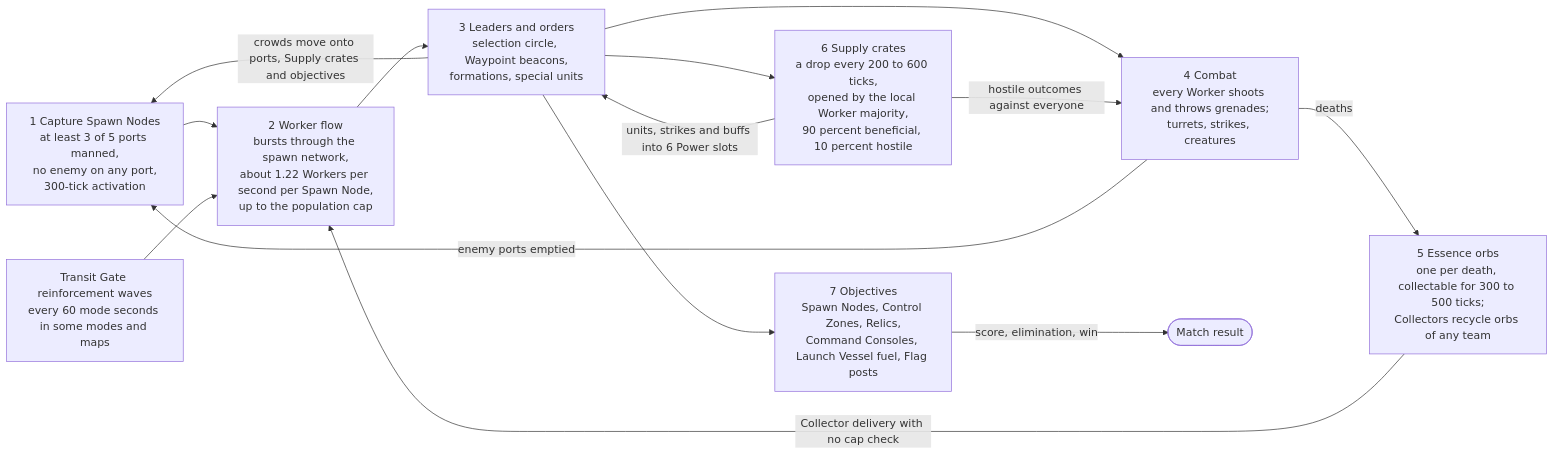
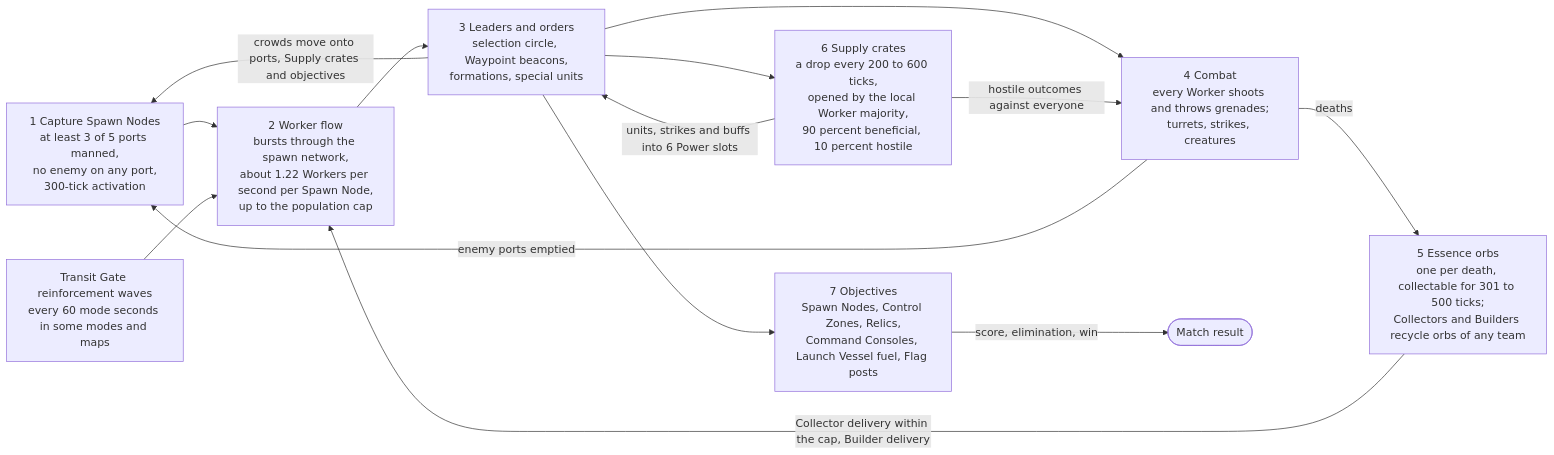
One commit to Zwaliebaba/Species.AI changed the first of 5 diagrams in design_next/reference/00_reference_overview.md. Above: the diagram before and after it, drawn with Mermaid. The commit also changed other lines of this file and 27 other files, not shown here.

````diff
--- a/design_next/reference/00_reference_overview.md
+++ b/design_next/reference/00_reference_overview.md
@@ -438,24 +438,24 @@
 ```mermaid
 flowchart LR
     CAP["1 Capture Spawn Nodes<br/>at least 3 of 5 ports manned,<br/>no enemy on any port,<br/>300-tick activation"]
     FLOW["2 Worker flow<br/>bursts through the spawn network,<br/>about 1.22 Workers per second per Spawn Node,<br/>up to the population cap"]
     ORD["3 Leaders and orders<br/>selection circle, Waypoint beacons,<br/>formations, special units"]
     FIGHT["4 Combat<br/>every Worker shoots and throws grenades;<br/>turrets, strikes, creatures"]
-    ORB["5 Essence orbs<br/>one per death, collectable for 300 to 500 ticks;<br/>Collectors recycle orbs of any team"]
+    ORB["5 Essence orbs<br/>one per death, collectable for 301 to 500 ticks;<br/>Collectors and Builders recycle orbs of any team"]
     CRATE["6 Supply crates<br/>a drop every 200 to 600 ticks,<br/>opened by the local Worker majority,<br/>90 percent beneficial, 10 percent hostile"]
     OBJ["7 Objectives<br/>Spawn Nodes, Control Zones, Relics,<br/>Command Consoles, Launch Vessel fuel, Flag posts"]
     TG["Transit Gate reinforcement waves<br/>every 60 mode seconds in some modes and maps"]
     CAP --> FLOW
     TG --> FLOW
     FLOW --> ORD
     ORD -->|"crowds move onto ports, Supply crates and objectives"| CAP
     ORD --> FIGHT
     ORD --> CRATE
     ORD --> OBJ
     FIGHT -->|"deaths"| ORB
-    ORB -->|"Collector delivery with no cap check"| FLOW
+    ORB -->|"Collector delivery within the cap, Builder delivery"| FLOW
     CRATE -->|"units, strikes and buffs into 6 Power slots"| ORD
     CRATE -->|"hostile outcomes against everyone"| FIGHT
     OBJ -->|"score, elimination, win"| RESULT(["Match result"])
     FIGHT -->|"enemy ports emptied"| CAP
 ```
````
